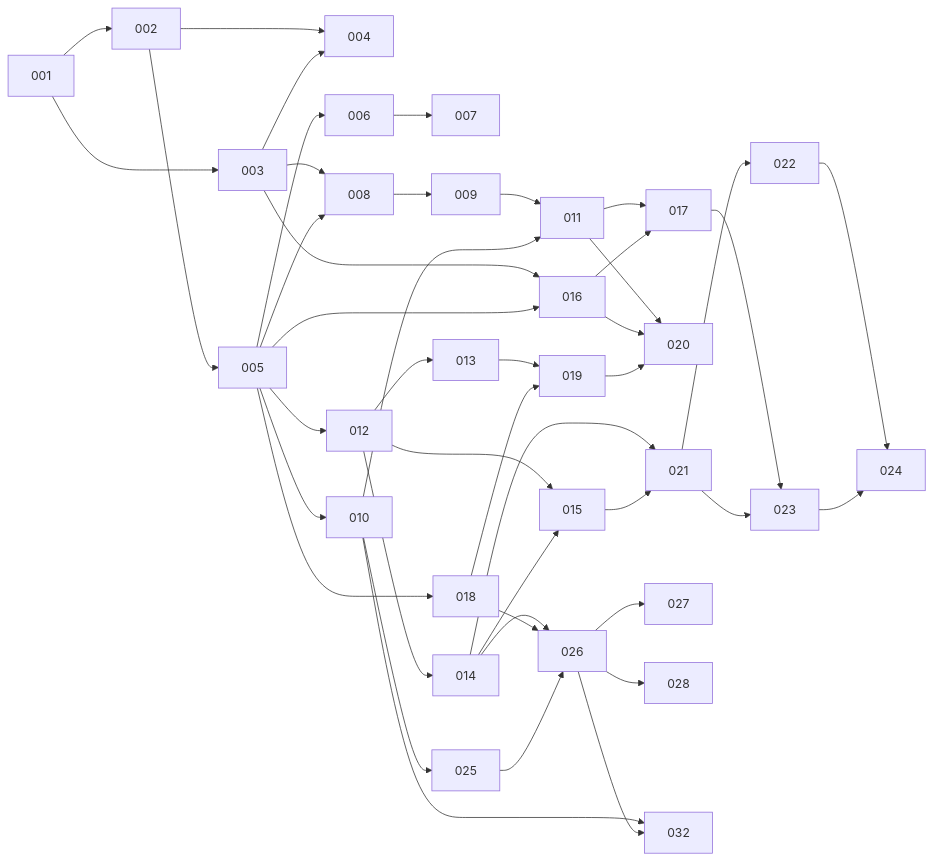
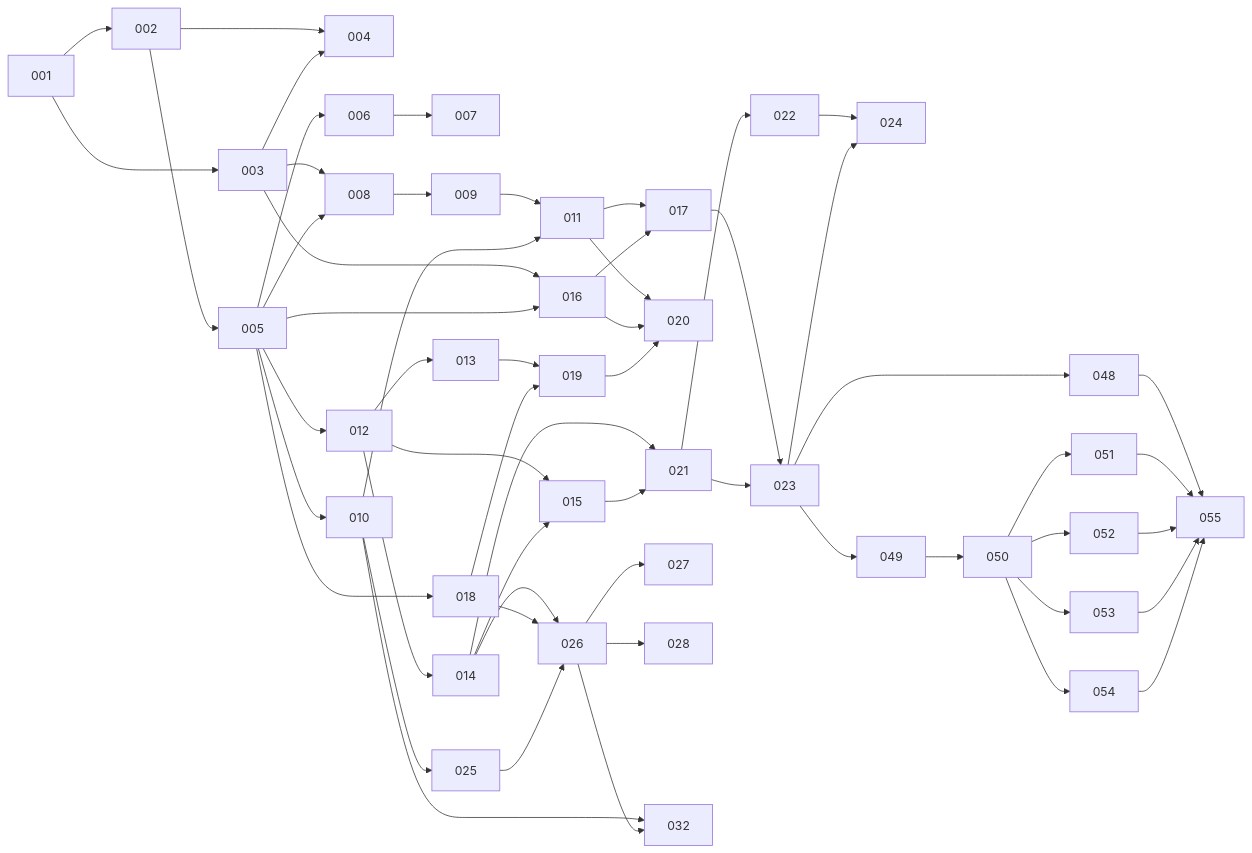
The diagram in ROADMAP.md (stevenpickles/straticate), drawn with Mermaid before and after one commit. The commit also changed other lines of this file and 2 other files, not shown here.

First line of the commit message:
Sync ledger: v0.1.0 released, 047 merged; plan M4 (v0.2.0 waveform timeline) (#70)

````diff
--- a/ROADMAP.md
+++ b/ROADMAP.md
@@ -281,25 +315,29 @@
 ```mermaid
 graph LR
   001 --> 002 & 003
   002 & 003 --> 004
   002 --> 005
   005 --> 006 --> 007
   003 & 005 --> 008 --> 009
   005 --> 010
   009 & 010 --> 011
   005 --> 012 --> 013
   012 --> 014
   012 & 014 --> 015
   003 & 005 --> 016
   011 & 016 --> 017
   005 --> 018
   013 & 018 --> 019
   011 & 016 & 019 --> 020
   014 & 015 --> 021 --> 022
   017 & 021 --> 023
   022 & 023 --> 024
   010 --> 025
   014 & 018 & 025 --> 026
   026 --> 027 & 028
   010 & 026 --> 032
+  023 --> 048 & 049
+  049 --> 050
+  050 --> 051 & 052 & 053 & 054
+  048 & 051 & 052 & 053 & 054 --> 055
 ```
````
